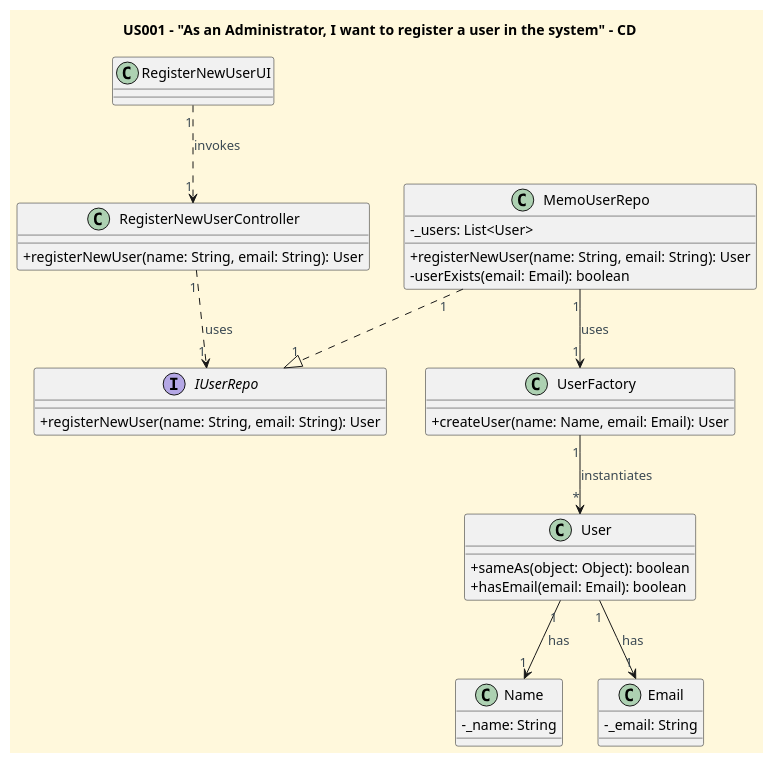
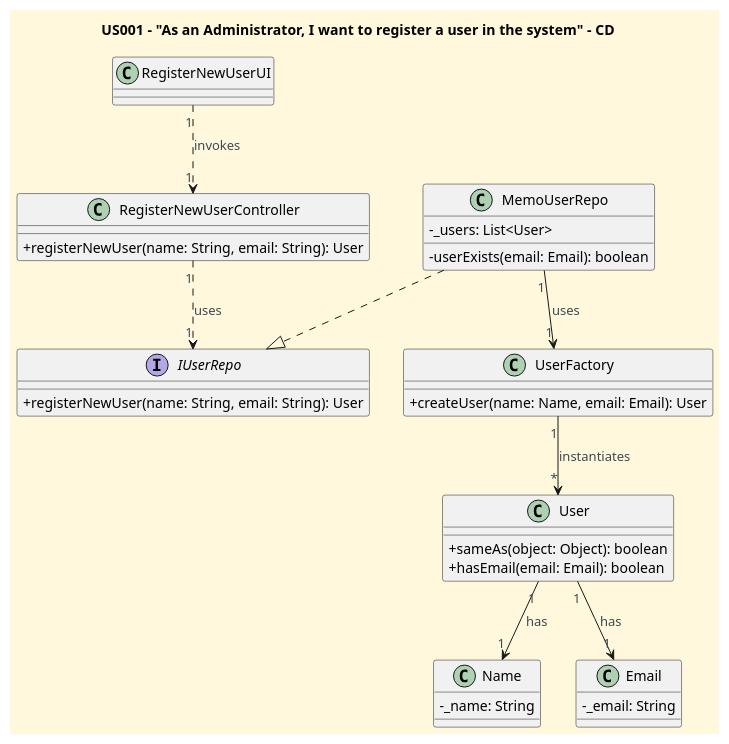
One commit to CarolinaLeite-collab/JavaMarketplacePlatform changed the diagram in docs/userStories/US001/US001_register_user_CD.puml. Above: the diagram before and after it, drawn with PlantUML.

Commit message:
docs: small improvements to class diagram US001, Ref #357

```diff
--- a/docs/userStories/US001/US001_register_user_CD.puml
+++ b/docs/userStories/US001/US001_register_user_CD.puml
@@ -1,59 +1,59 @@
 @startuml
 title US001 - "As an Administrator, I want to register a user in the system" - CD
 
 skinparam monochrome false
 skinparam shadowing false
 skinparam defaultFontName Futura
 skinparam objectFontSize 20
 skinparam backgroundColor CornSilk
 skinparam objectBackgroundColor WhiteSmoke
 skinparam noteBackgroundColor #FFFFE0
 skinparam ArrowFontColor #3B4953
 skinparam ActivationBackgroundColor black
 skinparam classAttributeIconSize 0
 
 class RegisterNewUserUI
 
 class RegisterNewUserController {
   + registerNewUser(name: String, email: String): User
 }
 
 Interface IUserRepo {
   + registerNewUser(name: String, email: String): User
 }
 
 class MemoUserRepo{
 - _users: List<User>
-  + registerNewUser(name: String, email: String): User
+
   - userExists(email: Email): boolean
 }
 
 class UserFactory {
   + createUser(name: Name, email: Email): User
 }
 
 class User {
 + sameAs(object: Object): boolean
 +hasEmail(email: Email): boolean
 
 }
 
 class Name {
   - _name: String
 }
 
 class Email {
   - _email: String
 }
 
 ' === RELAÇÕES ===
 
 RegisterNewUserUI "1" ..> "1" RegisterNewUserController : invokes
 RegisterNewUserController "1" ..> "1" IUserRepo : uses
-MemoUserRepo "1" ..|> "1" IUserRepo
+MemoUserRepo  ..|>  IUserRepo
 MemoUserRepo "1" --> "1" UserFactory : uses
 UserFactory "1" --> "*" User : instantiates
 User "1" --> "1" Name : has
 User "1" --> "1" Email : has
 
 @enduml
```
